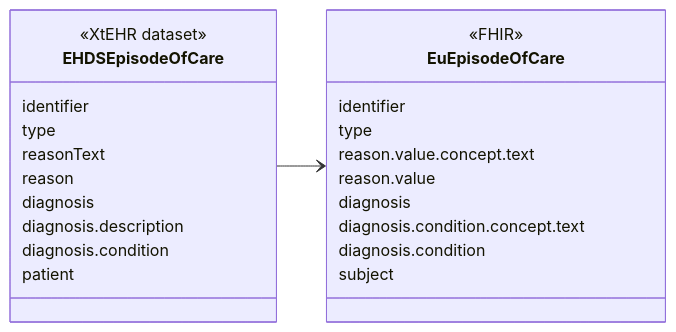
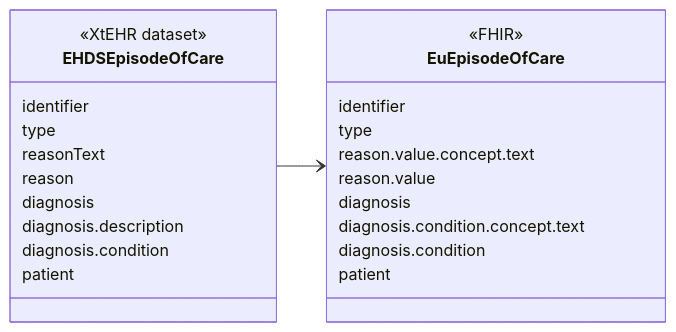
Before and after one commit to oijauregui/ehdsimaging: the diagram in input/intro-notes/ConceptMap-EHDSEpisodeOfCareMap-intro.md, drawn with Mermaid. The commit also changed 23 other files, not shown here.

````diff
--- a/input/intro-notes/ConceptMap-EHDSEpisodeOfCareMap-intro.md
+++ b/input/intro-notes/ConceptMap-EHDSEpisodeOfCareMap-intro.md
@@ -5,29 +5,29 @@
 ```mermaid
 classDiagram
 direction LR
 class EHDSEpisodeOfCare {
   <<XtEHR dataset>>
   identifier
   type
   reasonText
   reason
   diagnosis
   diagnosis.description
   diagnosis.condition
   patient
 }
 link EHDSEpisodeOfCare "https://build.fhir.org/ig/Xt-EHR/xt-ehr-common/StructureDefinition-EHDSEpisodeOfCare.html"
 class EuEpisodeOfCare{
   <<FHIR>>
   identifier
   type
   reason.value.concept.text
   reason.value
   diagnosis
   diagnosis.condition.concept.text
   diagnosis.condition
-  subject
+  patient
 }
 
 EHDSEpisodeOfCare --> EuEpisodeOfCare
 ```
````
